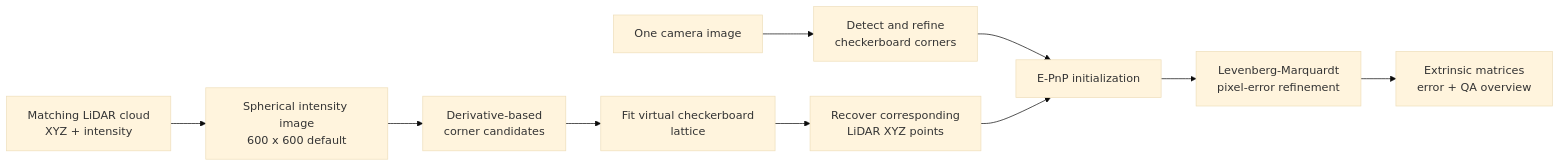
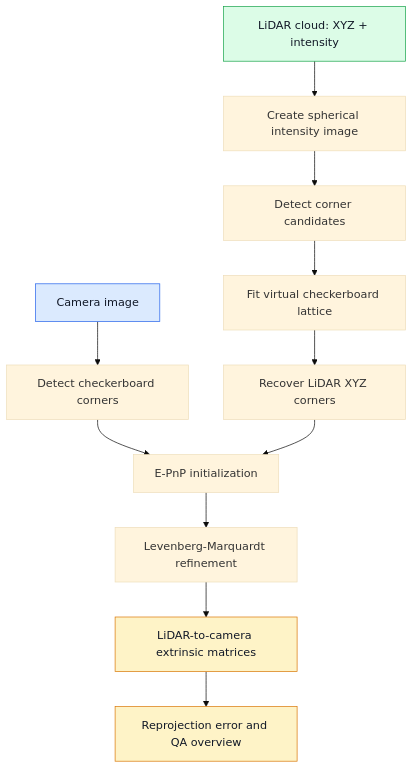
Before and after one commit to maninka123/single-shot-lidar-camera-calibration: the diagram in README.md, drawn with Mermaid (base theme). The commit also changed other lines of this file, not shown here.

Commit message:
Improve README diagram and citation

````diff
--- a/README.md
+++ b/README.md
@@ -11,12 +11,18 @@
 ```mermaid
-flowchart LR
-    A[One camera image] --> B[Detect and refine<br/>checkerboard corners]
-    C[Matching LiDAR cloud<br/>XYZ + intensity] --> D[Spherical intensity image<br/>600 x 600 default]
-    D --> E[Derivative-based<br/>corner candidates]
-    E --> F[Fit virtual checkerboard<br/>lattice]
-    F --> G[Recover corresponding<br/>LiDAR XYZ points]
+flowchart TD
+    A[Camera image] --> B[Detect checkerboard corners]
+    C[LiDAR cloud: XYZ + intensity] --> D[Create spherical intensity image]
+    D --> E[Detect corner candidates]
+    E --> F[Fit virtual checkerboard lattice]
+    F --> G[Recover LiDAR XYZ corners]
     B --> H[E-PnP initialization]
     G --> H
-    H --> I[Levenberg-Marquardt<br/>pixel-error refinement]
-    I --> J[Extrinsic matrices<br/>error + QA overview]
+    H --> I[Levenberg-Marquardt refinement]
+    I --> J[LiDAR-to-camera extrinsic matrices]
+    J --> K[Reprojection error and QA overview]
+
+    style A fill:#dbeafe,stroke:#2563eb,color:#111827
+    style C fill:#dcfce7,stroke:#16a34a,color:#111827
+    style J fill:#fef3c7,stroke:#d97706,color:#111827
+    style K fill:#fef3c7,stroke:#d97706,color:#111827
 ```
````
